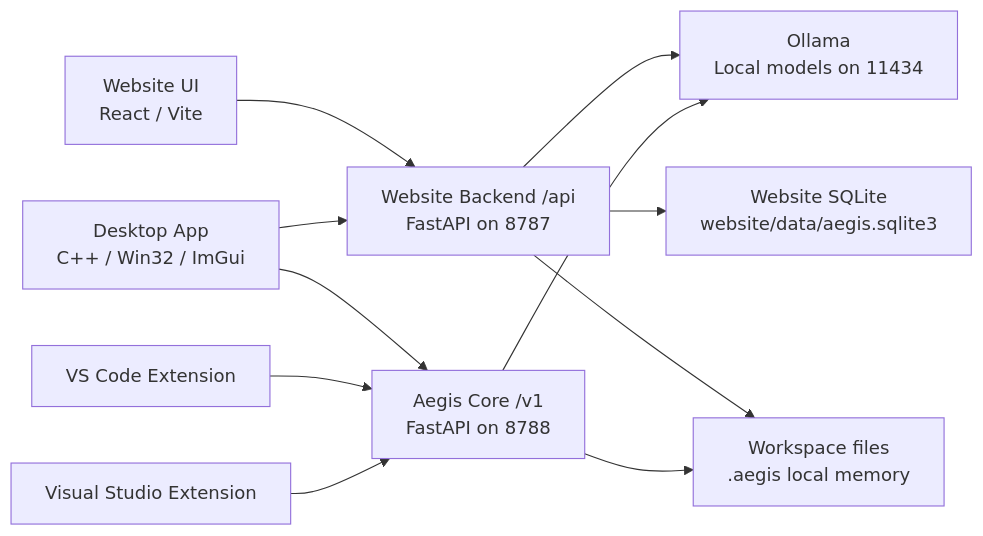
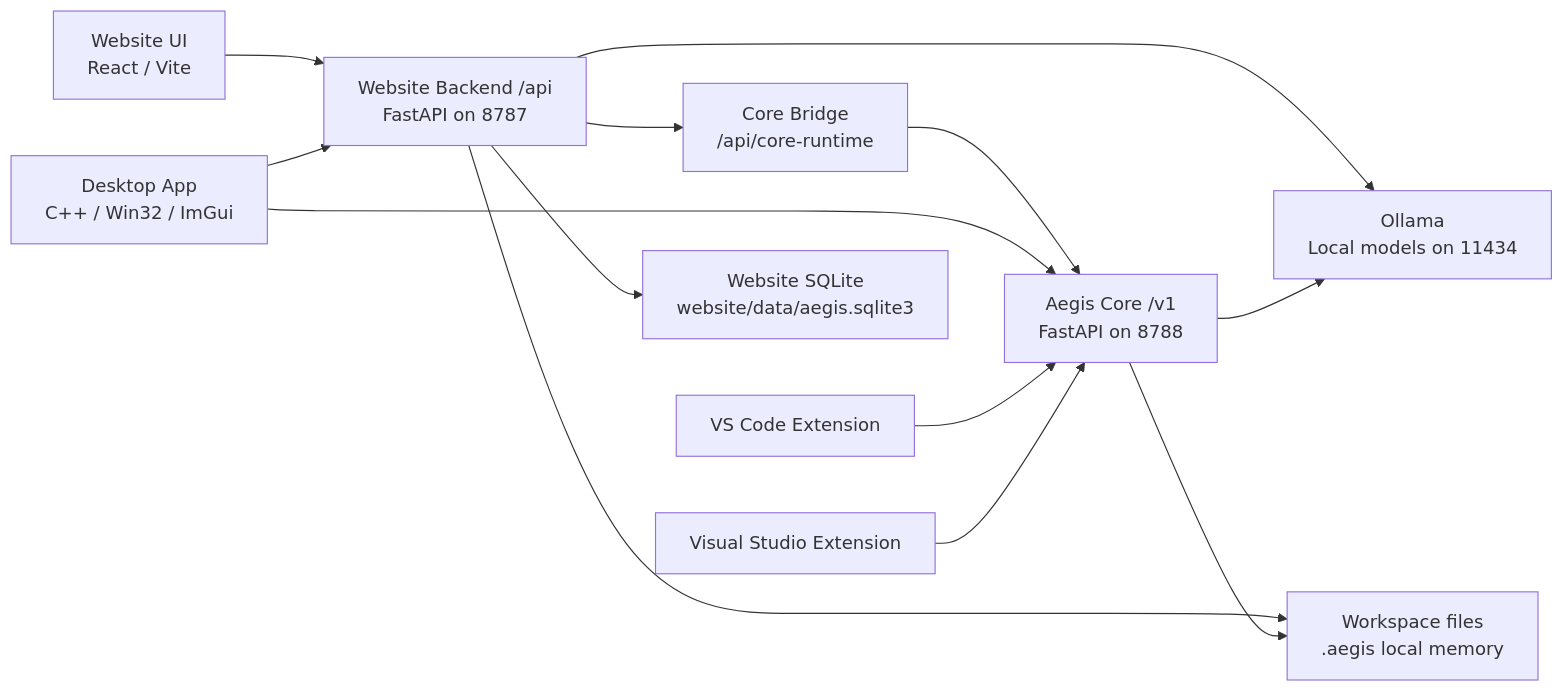
One commit to MercyProductions/Aegis-AI changed the diagram in SYSTEM_ARCHITECTURE.md. Above: the diagram before and after it, drawn with Mermaid. The commit also changed other lines of this file and 12 other files, not shown here.

Commit message:
Begin runtime consolidation with Core bridge

````diff
--- a/SYSTEM_ARCHITECTURE.md
+++ b/SYSTEM_ARCHITECTURE.md
@@ -13,24 +13,27 @@
 ```mermaid
 flowchart LR
   Desktop["Desktop App\nC++ / Win32 / ImGui"]
   Website["Website UI\nReact / Vite"]
   VSCode["VS Code Extension"]
   VS["Visual Studio Extension"]
 
   Api["Website Backend /api\nFastAPI on 8787"]
+  Bridge["Core Bridge\n/api/core-runtime"]
   Core["Aegis Core /v1\nFastAPI on 8788"]
   Ollama["Ollama\nLocal models on 11434"]
   Workspace["Workspace files\n.aegis local memory"]
   Store["Website SQLite\nwebsite/data/aegis.sqlite3"]
 
   Website --> Api
   Desktop --> Api
+  Api --> Bridge
+  Bridge --> Core
   Desktop --> Core
   VSCode --> Core
   VS --> Core
   Api --> Ollama
   Api --> Store
   Api --> Workspace
   Core --> Ollama
   Core --> Workspace
 ```
````
